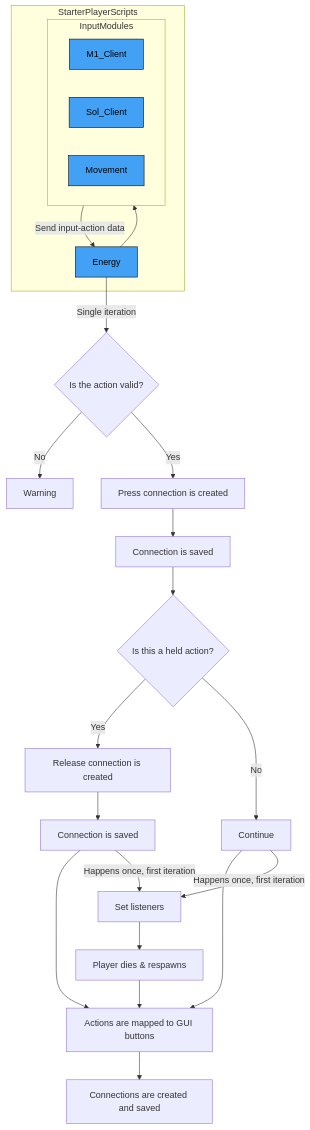
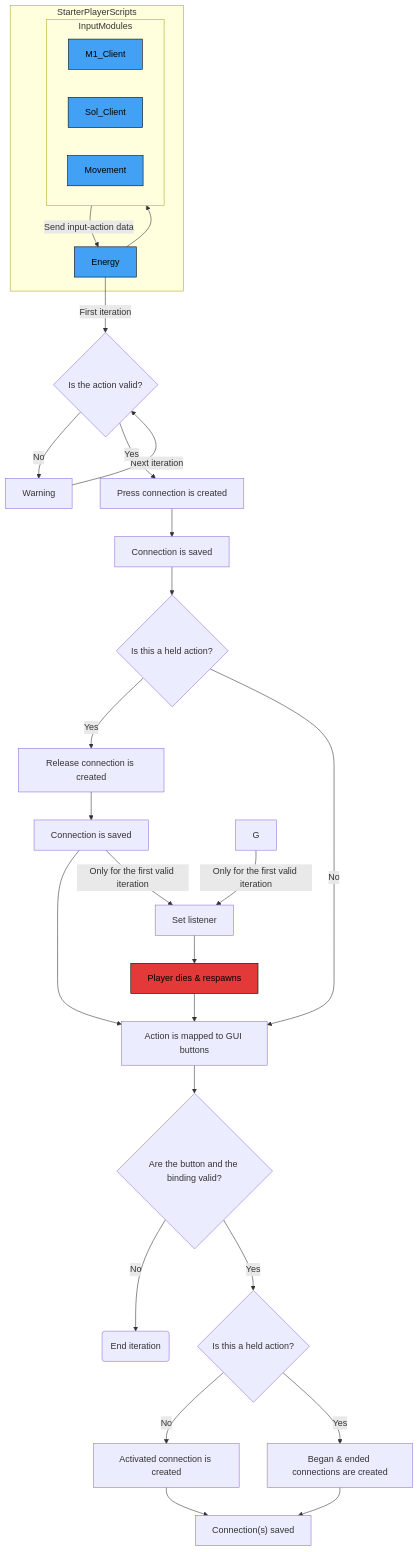
One commit to altair5607249/Crusaders-Game changed the second of 7 diagrams in docs/diagrams.md. Above: the diagram before and after it, drawn with Mermaid.

Commit message:
Update diagrams.md
add more to the IAS diagram

````diff
--- a/docs/diagrams.md
+++ b/docs/diagrams.md
@@ -83,37 +83,45 @@
 ```mermaid
 flowchart TB;
 
+  classDef eventNode fill:#e33939,stroke:#000000,color:#000000
   classDef clientNode fill:#42a1f5,stroke:#000000,color:#000000
 
   subgraph StarterPlayerScripts
     Energy;
 
     subgraph InputModules
       M1_Client;
       Sol_Client;
       Movement;
     end
   end
 
   Energy-->InputModules
   InputModules-->|Send input-action data| Energy
-  Energy-->|Single iteration| A{Is the action valid?}
+  Energy-->|First iteration| A{Is the action valid?}
 
-  A-->|No| B["Warning"]
+  A-->|No| B["Warning"]-->|Next iteration| A
   A-->|Yes| C["Press connection is created"]
 
   C-->D["Connection is saved"]
   D-->E{Is this a held action?}
 
-  E-->|Yes| F["Release connection is created"]-->f["Connection is saved"]-->H["Actions are mapped to GUI buttons"]
-  E-->|No| G["Continue"]-->H
+  E-->|Yes| F["Release connection is created"]-->f["Connection is saved"]-->H["Action is mapped to GUI buttons"]
+  E-->|No| H
 
-  G-->|Happens once, first iteration| h["Set listeners"]
-  f-->|Happens once, first iteration| h
+  G-->|Only for the first valid iteration| h["Set listener"]
+  f-->|Only for the first valid iteration| h
 
   h-->i["Player dies & respawns"]-->H
 
-  H-->I["Connections are created and saved"]
+  H-->I{Are the button and the binding valid?}
+
+  I-->|No| J("End iteration")
+  I-->|Yes| K{Is this a held action?}
+
+  K-->|No| L["Activated connection is created"]-->O["Connection(s) saved"]
+  K--> |Yes| M["Began & ended connections are created"]-->O
 
   class Energy,M1_Client,Sol_Client,Movement clientNode;
+  class i eventNode;
 ```
````
